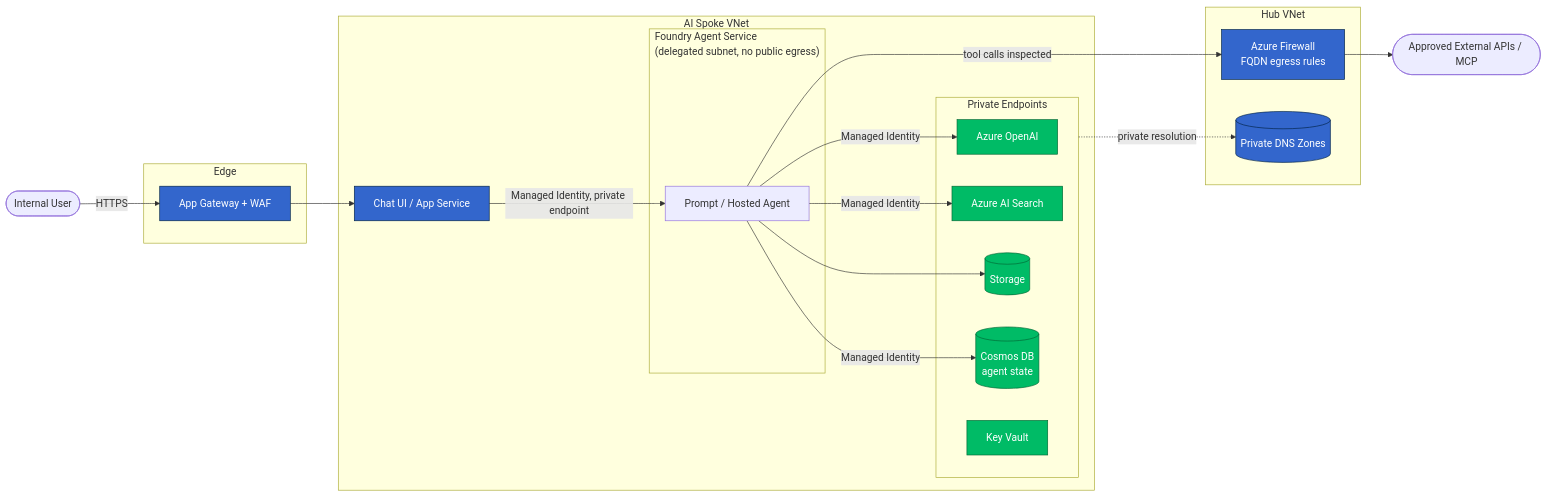
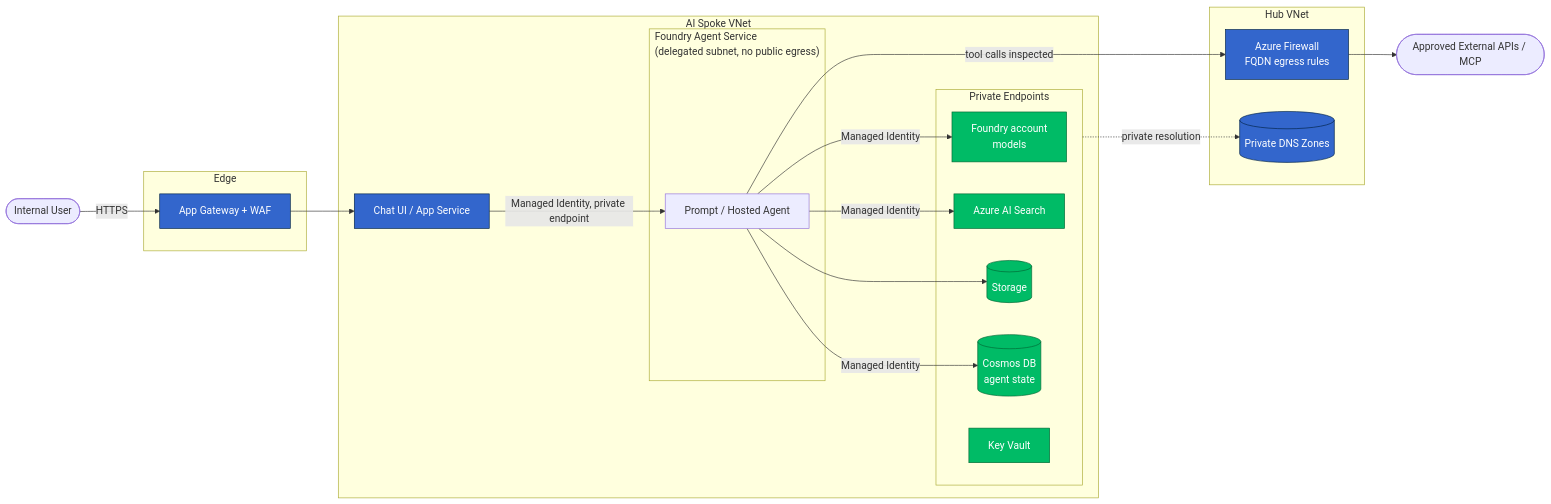
Before and after one commit to glejdis/blog-writter: the diagram in drafts/landing-zone-to-secure-ai-part-1.md, drawn with Mermaid. The commit also changed other lines of this file and 9 other files, not shown here.

First line of the commit message:
Align Part 1 to Microsoft Foundry (account+project, model plane)

````diff
--- a/drafts/landing-zone-to-secure-ai-part-1.md
+++ b/drafts/landing-zone-to-secure-ai-part-1.md
@@ -243,43 +248,43 @@
 ```mermaid
 flowchart LR
     User([Internal User])
 
     subgraph Edge["Edge"]
         AGW[App Gateway + WAF]
     end
 
     subgraph Hub["Hub VNet"]
         FW[Azure Firewall<br/>FQDN egress rules]
         DNS[(Private DNS Zones)]
     end
 
     subgraph Spoke["AI Spoke VNet"]
         App[Chat UI / App Service]
         subgraph Agent["Foundry Agent Service<br/>(delegated subnet, no public egress)"]
             AG[Prompt / Hosted Agent]
         end
         subgraph PE["Private Endpoints"]
-            AOAI[Azure OpenAI]
+            AOAI[Foundry account<br/>models]
             Search[Azure AI Search]
             Storage[(Storage)]
             Cosmos[(Cosmos DB<br/>agent state)]
             KV[Key Vault]
         end
     end
 
     Internet([Approved External APIs / MCP])
 
     User -->|HTTPS| AGW --> App
     App -->|Managed Identity, private endpoint| AG
     AG -->|Managed Identity| AOAI
     AG -->|Managed Identity| Search
     AG -->|Managed Identity| Cosmos
     AG --> Storage
     AG -->|tool calls inspected| FW --> Internet
     PE -. private resolution .-> DNS
 
     classDef secure fill:#0b6,stroke:#063,color:#fff;
     classDef net fill:#36c,stroke:#024,color:#fff;
     class AOAI,Search,Storage,Cosmos,KV secure;
     class FW,DNS,App,AGW net;
 ```
````
